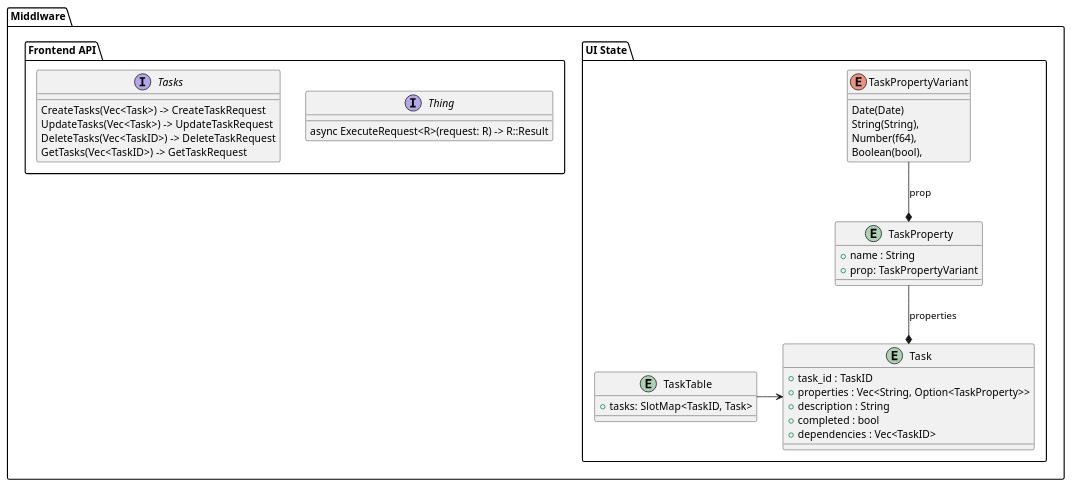
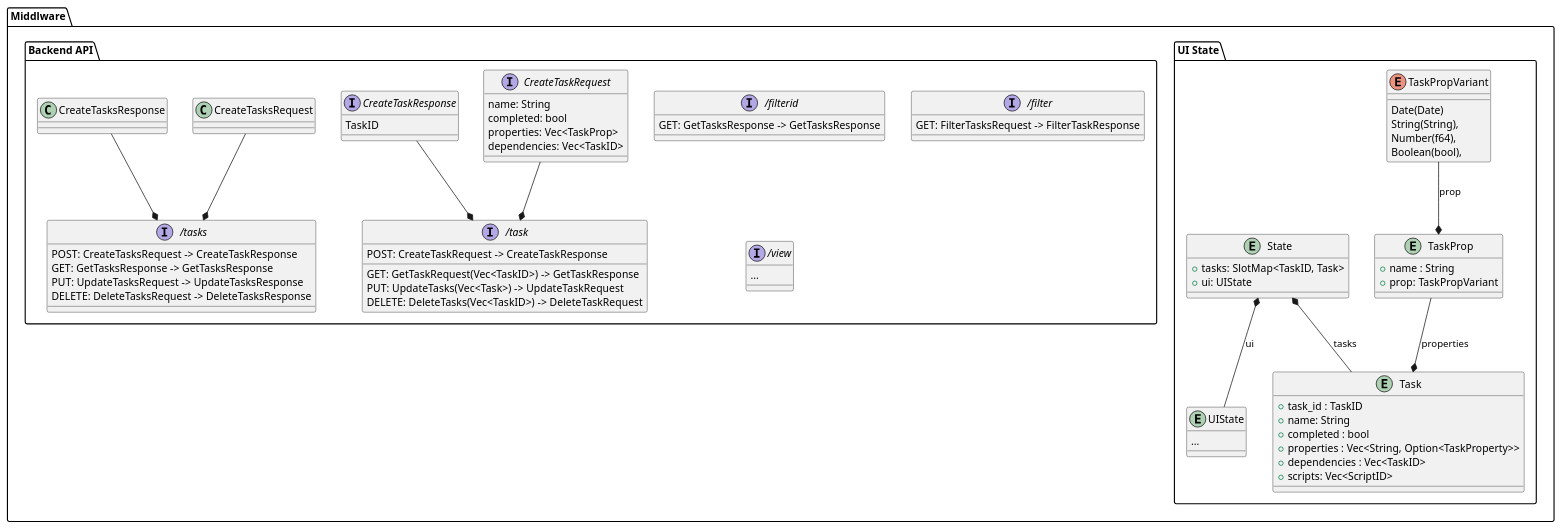
The second of 2 diagrams in design/middleware.puml (knoxy5467/a-better-notion), drawn with PlantUML before and after one commit. The commit also changed 1 other file, not shown here.

```diff
--- a/design/middleware.puml
+++ b/design/middleware.puml
@@ -21,41 +21,74 @@
 @startuml
 package "Middlware" {
 	package "UI State" {
-		enum "TaskPropertyVariant" as task_prop_var {
+		enum "TaskPropVariant" as task_prop_var {
 			Date(Date)
 			String(String),
 			Number(f64),
 			Boolean(bool),
 		}
-		entity "TaskProperty" as task_prop {
+		entity "TaskProp" as task_prop {
 			+ name : String
-			+ prop: TaskPropertyVariant
+			+ prop: TaskPropVariant
 		}
 		task_prop_var --* task_prop : prop
 		entity "Task" as task {
 			+ task_id : TaskID
+			+ name: String
+			+ completed : bool
 			+ properties : Vec<String, Option<TaskProperty>>
-			+ description : String
-			+ completed : bool
 			+ dependencies : Vec<TaskID>
+			+ scripts: Vec<ScriptID>
 		}
 		task_prop --* task : properties
 
-		entity "TaskTable" as task_table {
+		entity "UIState" as ui_state {
+			...
+		}
+
+		entity "State" as main_state {
 			+ tasks: SlotMap<TaskID, Task>
+			+ ui: UIState
 		}
-		task_table -> task
+		main_state *-- ui_state : ui
+		main_state *-- task : tasks
 	}
-	package "Frontend API" {
-		interface "Thing" {
-			async ExecuteRequest<R>(request: R) -> R::Result
+	package "Backend API" {
+		interface "/task" as task_api {
+			POST: CreateTaskRequest -> CreateTaskResponse
+			GET: GetTaskRequest(Vec<TaskID>) -> GetTaskResponse
+			PUT: UpdateTasks(Vec<Task>) -> UpdateTaskRequest
+			DELETE: DeleteTasks(Vec<TaskID>) -> DeleteTaskRequest
 		}
-		interface "Tasks" {
-			CreateTasks(Vec<Task>) -> CreateTaskRequest
-			UpdateTasks(Vec<Task>) -> UpdateTaskRequest
-			DeleteTasks(Vec<TaskID>) -> DeleteTaskRequest
-			GetTasks(Vec<TaskID>) -> GetTaskRequest
+		interface "/tasks" as tasks_api {
+			POST: CreateTasksRequest -> CreateTaskResponse
+			GET: GetTasksResponse -> GetTasksResponse
+			PUT: UpdateTasksRequest -> UpdateTasksResponse
+			DELETE: DeleteTasksRequest -> DeleteTasksResponse
 		}
+		interface "/filterid" as filterid_api {
+			GET: GetTasksResponse -> GetTasksResponse
+		}
+		interface "/filter" as filter_api {
+			GET: FilterTasksRequest -> FilterTaskResponse
+		}
+		interface "/view" as view_api {
+			...
+		}
+
+		interface "CreateTaskRequest" {
+			name: String
+			completed: bool
+			properties: Vec<TaskProp>
+			dependencies: Vec<TaskID>
+		}
+		CreateTaskRequest --* task_api
+		interface "CreateTaskResponse" {
+			TaskID
+		}
+		CreateTaskResponse --* task_api
+		CreateTasksRequest --* tasks_api
+		CreateTasksResponse --* tasks_api
 	}
 }
 @enduml
```
